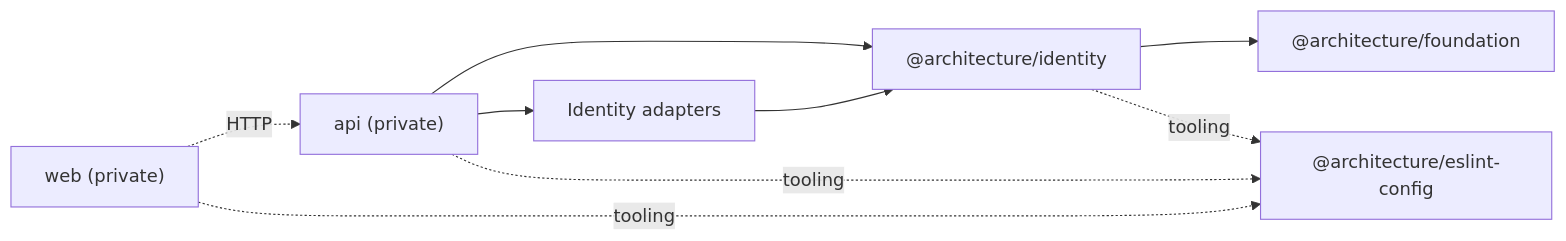
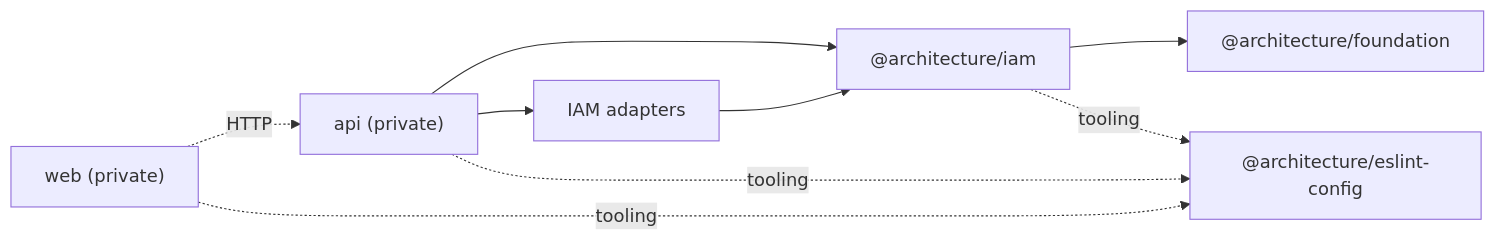
Before and after one commit to Oxelio/architecture-web: the diagram in docs/en/architecture/packages.md, drawn with Mermaid. The commit also changed other lines of this file and 506 other files, not shown here.

````diff
--- a/docs/en/architecture/packages.md
+++ b/docs/en/architecture/packages.md
@@ -5,18 +5,18 @@
 ```mermaid
 flowchart LR
     foundation["@architecture/foundation"]
-    identity["@architecture/identity"]
-    adapters["Identity adapters"]
+    iam["@architecture/iam"]
+    adapters["IAM adapters"]
     api["api (private)"]
     web["web (private)"]
     lint["@architecture/eslint-config"]
 
-    identity --> foundation
-    adapters --> identity
-    api --> identity
+    iam --> foundation
+    adapters --> iam
+    api --> iam
     api --> adapters
     web -. HTTP .-> api
     api -. tooling .-> lint
     web -. tooling .-> lint
-    identity -. tooling .-> lint
+    iam -. tooling .-> lint
 ```
````
